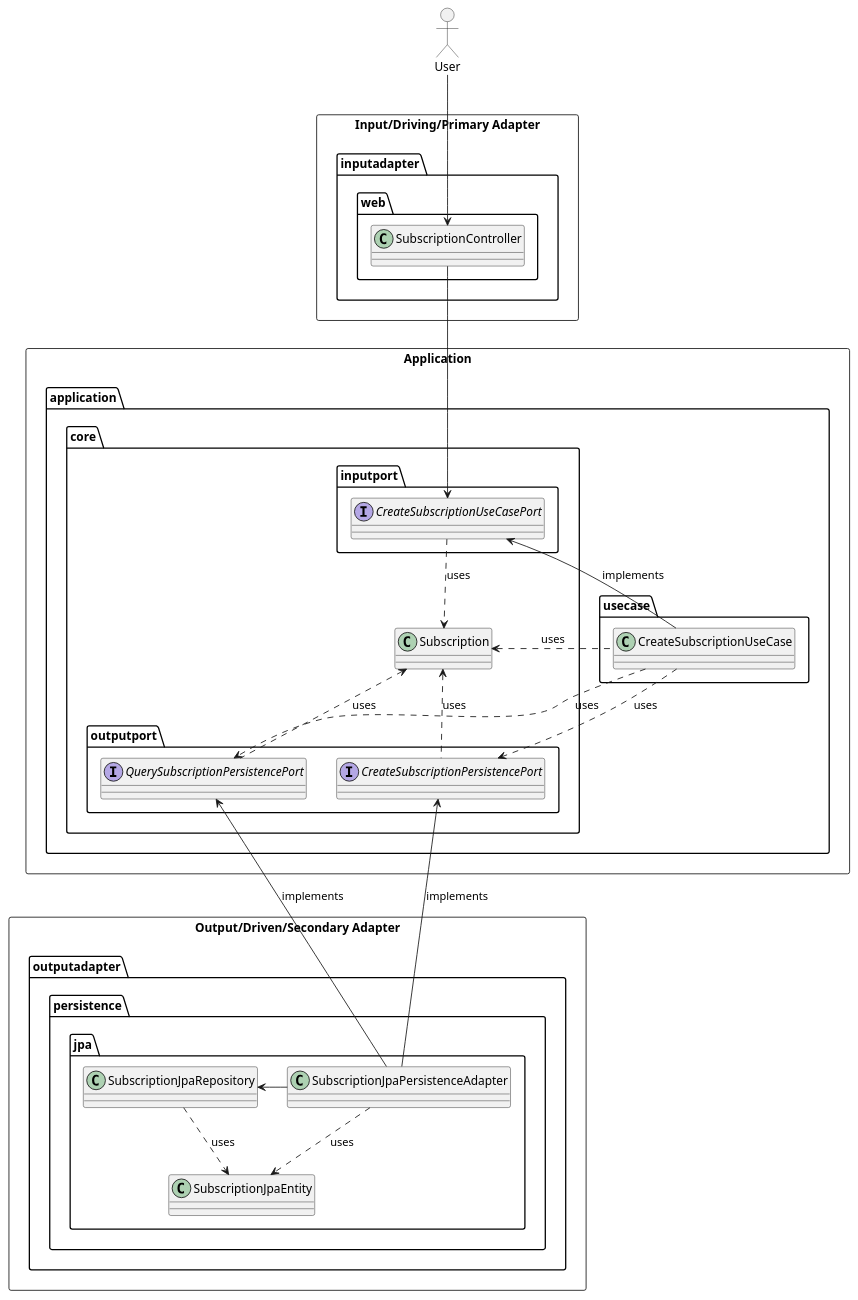
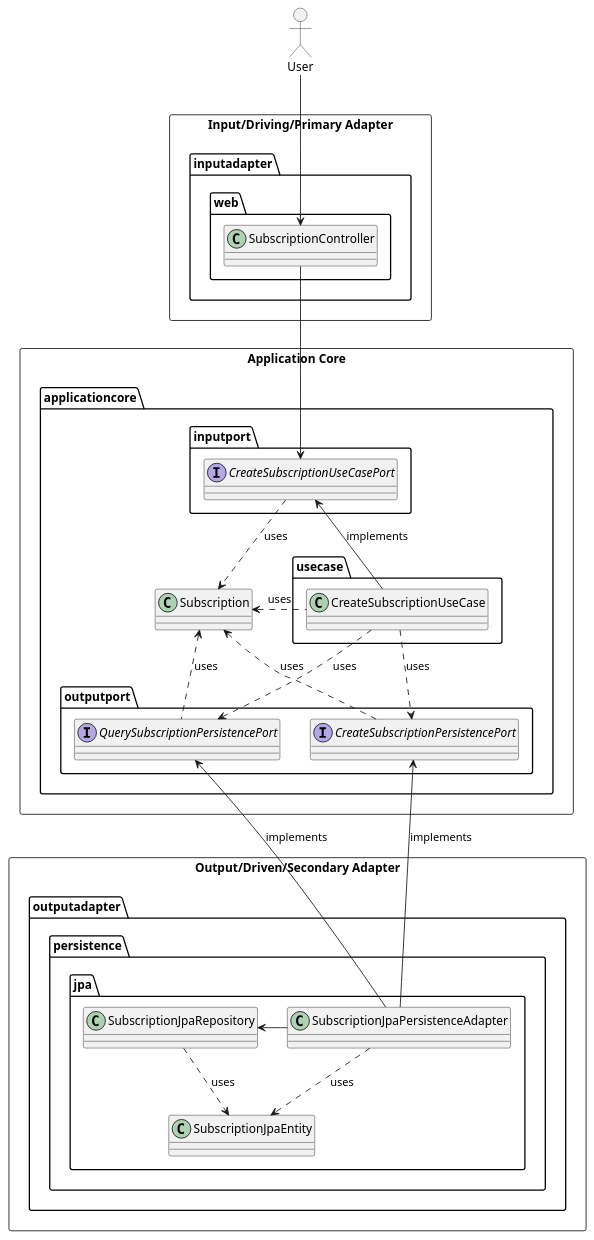
The diagram in hex/docs/diagrams/class.puml (abchau/architecture-by-examples), drawn with PlantUML before and after one commit. The commit also changed 9 other files, not shown here.

Commit message:
refactor(hex): move application core package

```diff
--- a/hex/docs/diagrams/class.puml
+++ b/hex/docs/diagrams/class.puml
@@ -1,65 +1,62 @@
 @startuml
 allowmixing
 
 rectangle "Input/Driving/Primary Adapter" {
 	package inputadapter {
 		package web {
 			class SubscriptionController
 		}
 	}
 }
 
-rectangle "Application" {
-	package application{ 
+rectangle "Application Core" {
+	package applicationcore { 
 		package usecase {
 			class CreateSubscriptionUseCase
 		}
 	
-		package core {
-			class Subscription
+		class Subscription
 
-			package inputport {
-				interface CreateSubscriptionUseCasePort
-			}
+		package inputport {
+			interface CreateSubscriptionUseCasePort
+		}
 
-
-			package outputport {
-				interface CreateSubscriptionPersistencePort
-				interface QuerySubscriptionPersistencePort
-			}
+		package outputport {
+			interface CreateSubscriptionPersistencePort
+			interface QuerySubscriptionPersistencePort
 		}
 	}
 }
 
 rectangle "Output/Driven/Secondary Adapter" {
 	package outputadapter {
 		package persistence {
 			package jpa {
 				class SubscriptionJpaPersistenceAdapter
 				class SubscriptionJpaRepository
 				class SubscriptionJpaEntity
 			}
 		}
 	}
 }
 
 actor User
 User -down-> SubscriptionController
 
 SubscriptionController -down-> CreateSubscriptionUseCasePort
 CreateSubscriptionUseCasePort .down.> Subscription: uses
 CreateSubscriptionUseCase -up-> CreateSubscriptionUseCasePort: implements
 CreateSubscriptionUseCase .left.> Subscription: uses
 CreateSubscriptionUseCase .down.> CreateSubscriptionPersistencePort: uses
 CreateSubscriptionUseCase .down.> QuerySubscriptionPersistencePort: uses
 
 CreateSubscriptionPersistencePort .up.> Subscription: uses
 QuerySubscriptionPersistencePort .up.> Subscription: uses
 
 SubscriptionJpaPersistenceAdapter -up-> CreateSubscriptionPersistencePort: implements
 SubscriptionJpaPersistenceAdapter -up-> QuerySubscriptionPersistencePort: implements
 SubscriptionJpaPersistenceAdapter -left-> SubscriptionJpaRepository
 SubscriptionJpaRepository ..> SubscriptionJpaEntity: uses
 SubscriptionJpaPersistenceAdapter ..> SubscriptionJpaEntity: uses
 
 @enduml
```
